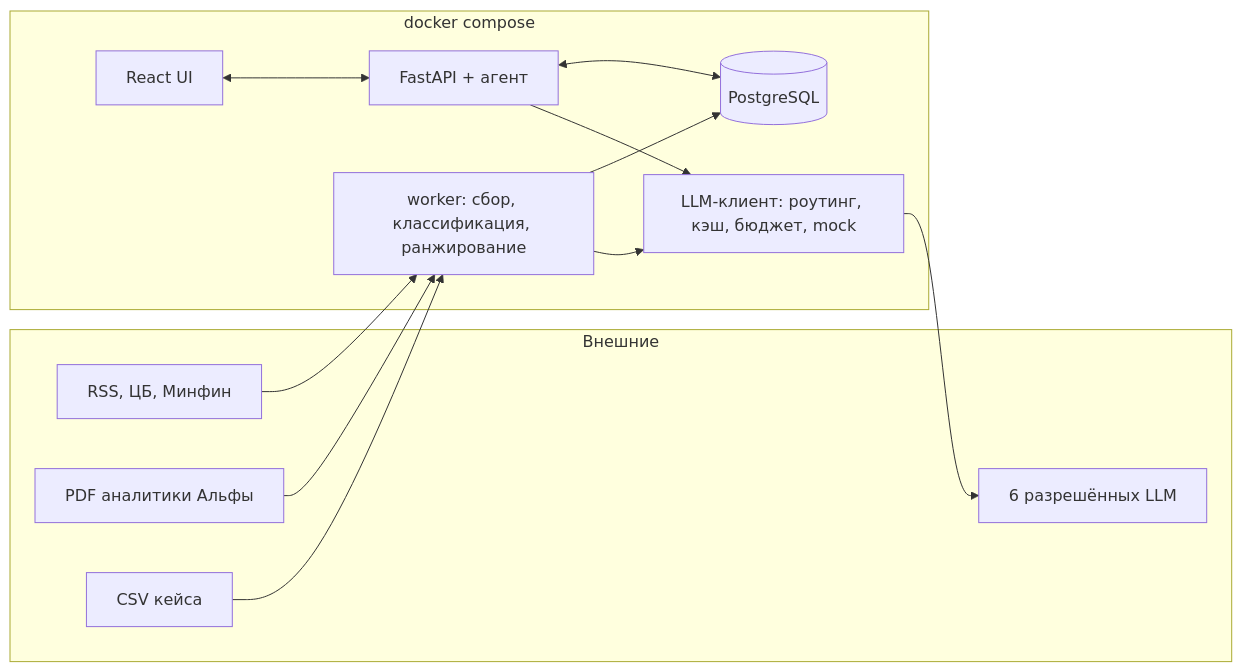
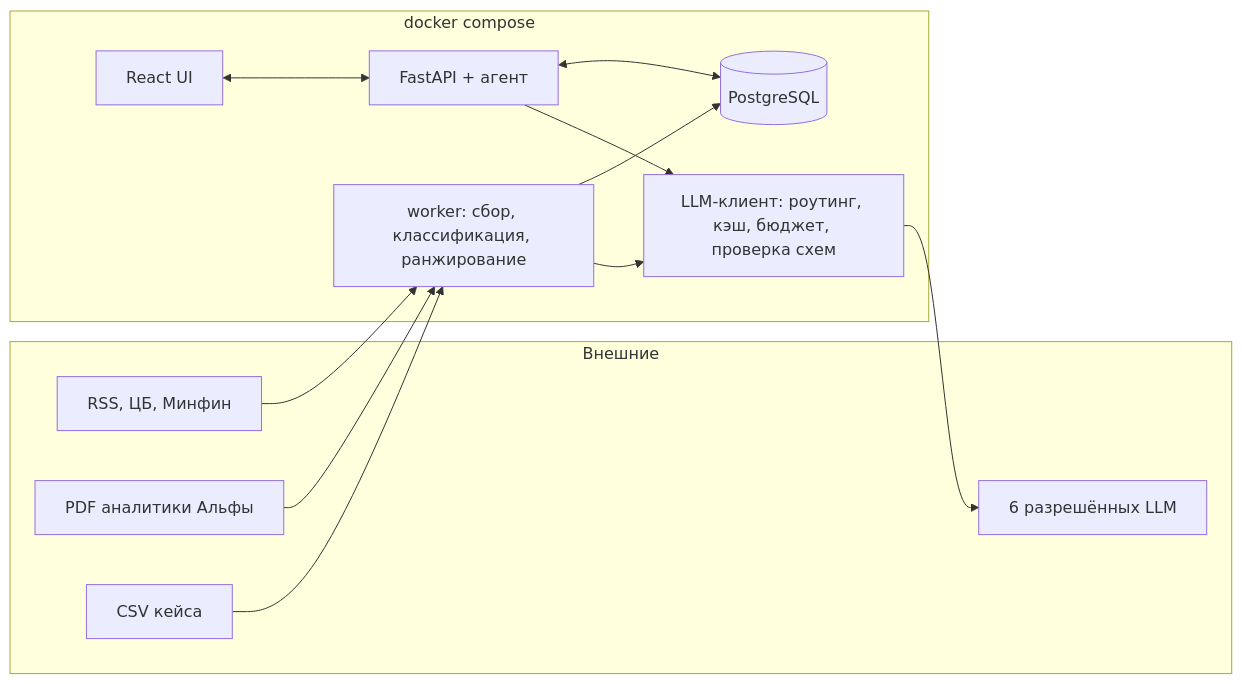
One commit to HPAINH/Test-our-agent-yuzhdag-vpered changed the first of 2 diagrams in README.md. Above: the diagram before and after it, drawn with Mermaid. The commit also changed other lines of this file and 49 other files, not shown here.

````diff
--- a/README.md
+++ b/README.md
@@ -25,25 +25,25 @@
 ```mermaid
 flowchart LR
   subgraph Ext[Внешние]
     RSS[RSS, ЦБ, Минфин]
     PDF[PDF аналитики Альфы]
     CSV[CSV кейса]
     LLM[6 разрешённых LLM]
   end
   subgraph App[docker compose]
     W[worker: сбор, классификация, ранжирование]
     DB[(PostgreSQL)]
     API[FastAPI + агент]
     UI[React UI]
-    LC[LLM-клиент: роутинг, кэш, бюджет, mock]
+    LC[LLM-клиент: роутинг, кэш, бюджет, проверка схем]
   end
   RSS --> W
   PDF --> W
   CSV --> W
   W --> DB
   API <--> DB
   UI <--> API
   W --> LC
   API --> LC
   LC --> LLM
 ```
````
